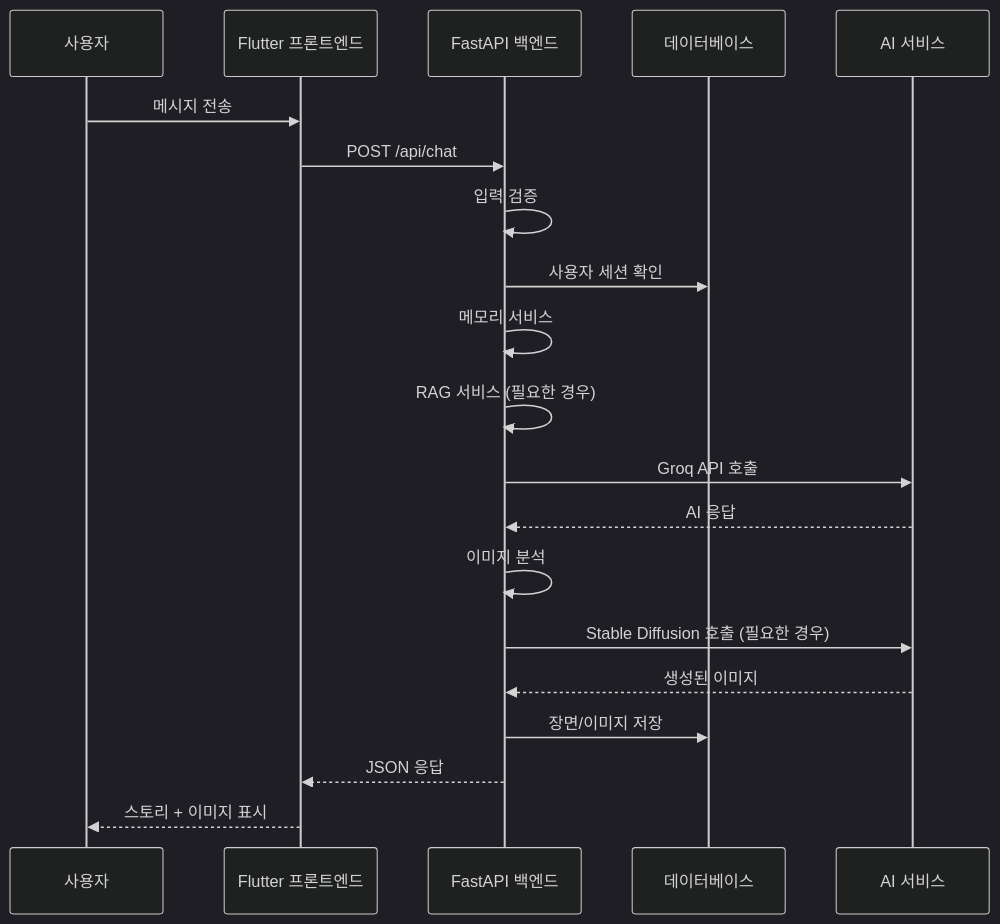
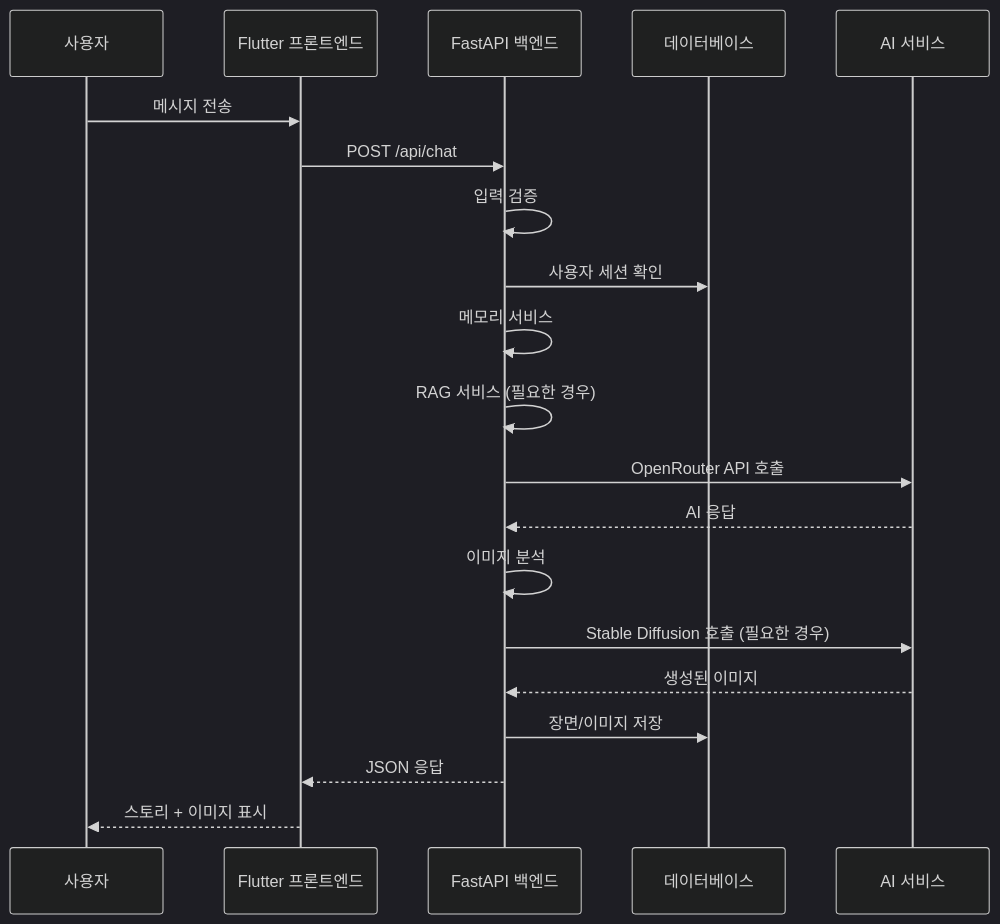
The second of 7 diagrams in PIPELINE_kr.md (sorlros/NovelAIne), drawn with Mermaid (dark theme) before and after one commit. The commit also changed other lines of this file and 31 other files, not shown here.

````diff
--- a/PIPELINE_kr.md
+++ b/PIPELINE_kr.md
@@ -133,23 +136,23 @@
 ```mermaid
 sequenceDiagram
     participant U as 사용자
     participant F as Flutter 프론트엔드
     participant B as FastAPI 백엔드
     participant D as 데이터베이스
     participant A as AI 서비스
     
     U->>F: 메시지 전송
     F->>B: POST /api/chat
     B->>B: 입력 검증
     B->>D: 사용자 세션 확인
     B->>B: 메모리 서비스
     B->>B: RAG 서비스 (필요한 경우)
-    B->>A: Groq API 호출
+    B->>A: OpenRouter API 호출
     A-->>B: AI 응답
     B->>B: 이미지 분석
     B->>A: Stable Diffusion 호출 (필요한 경우)
     A-->>B: 생성된 이미지
     B->>D: 장면/이미지 저장
     B-->>F: JSON 응답
     F-->>U: 스토리 + 이미지 표시
 ```
````
